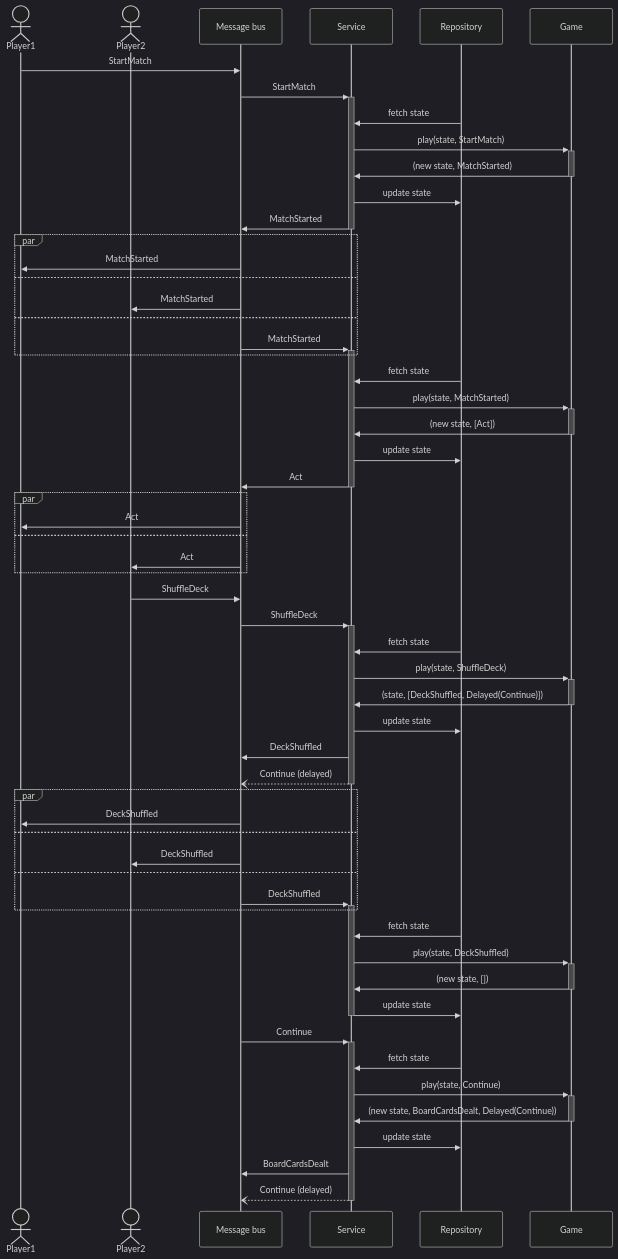
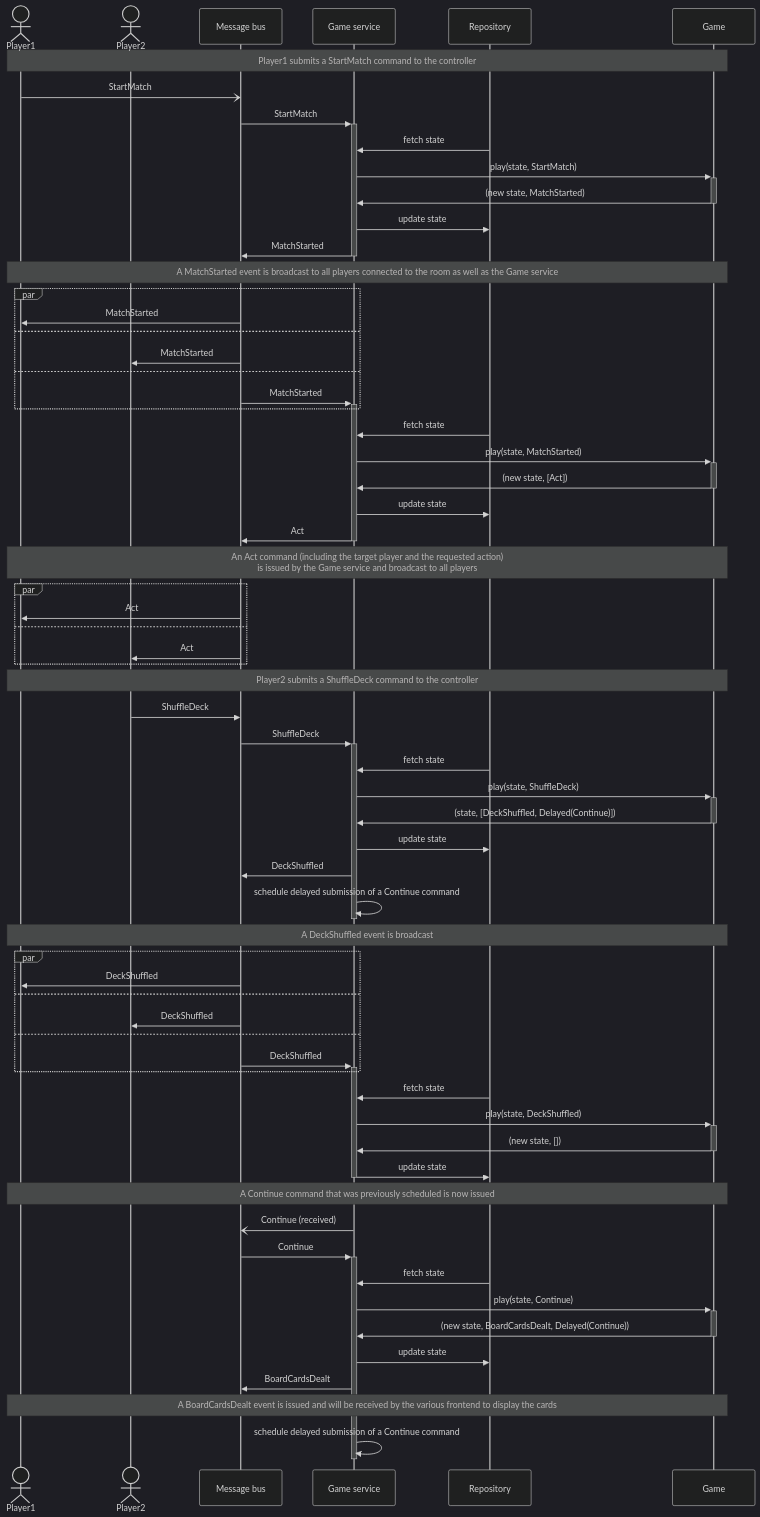
One commit to epifab/bastoni changed the third of 3 diagrams in README.md. Above: the diagram before and after it, drawn with Mermaid (dark theme). The commit also changed other lines of this file and 4 other files, not shown here.

````diff
--- a/README.md
+++ b/README.md
@@ -107,67 +115,75 @@
 ```mermaid
 sequenceDiagram
     actor Player1
     actor Player2
     participant Message bus
-    participant Service
+    participant Game service
     participant Repository
     participant Game
     
-    Player1->>Message bus: StartMatch
-    Message bus->>+Service: StartMatch
-    Repository->>Service: fetch state
-    Service->>+Game: play(state, StartMatch)
-    Game->>-Service: (new state, MatchStarted)
-    Service->>Repository: update state
-    Service->>-Message bus: MatchStarted
-    
+    note over Player1, Game: Player1 submits a StartMatch command to the controller
+    Player1-)Message bus: StartMatch
+    Message bus->>+Game service: StartMatch
+    Repository->>Game service: fetch state
+    Game service->>+Game: play(state, StartMatch)
+    Game->>-Game service: (new state, MatchStarted)
+    Game service->>Repository: update state
+    Game service->>-Message bus: MatchStarted
+
+    note over Player1, Game: A MatchStarted event is broadcast to all players connected to the room as well as the Game service
     par
         Message bus->>Player1: MatchStarted
     and 
         Message bus->>Player2: MatchStarted
     and 
-        Message bus->>+Service: MatchStarted
+        Message bus->>+Game service: MatchStarted
     end
         
-    Repository->>Service: fetch state
-    Service->>+Game: play(state, MatchStarted)
-    Game->>-Service: (new state, [Act])
-    Service->>Repository: update state
-    Service->>-Message bus: Act
+    Repository->>Game service: fetch state
+    Game service->>+Game: play(state, MatchStarted)
+    Game->>-Game service: (new state, [Act])
+    Game service->>Repository: update state
+    Game service->>-Message bus: Act
 
+    note over Player1, Game: An Act command (including the target player and the requested action)<br/> is issued by the Game service and broadcast to all players
     par
         Message bus->>Player1: Act
     and
         Message bus->>Player2: Act
     end
 
+    note over Player1, Game: Player2 submits a ShuffleDeck command to the controller
     Player2->>Message bus: ShuffleDeck
-    Message bus->>+Service: ShuffleDeck
-    Repository->>Service: fetch state
-    Service->>+Game: play(state, ShuffleDeck)
-    Game->>-Service: (state, [DeckShuffled, Delayed(Continue)])
-    Service->>Repository: update state
-    Service->>Message bus: DeckShuffled
-    Service--)-Message bus: Continue (delayed)
-    
+    Message bus->>+Game service: ShuffleDeck
+    Repository->>Game service: fetch state
+    Game service->>+Game: play(state, ShuffleDeck)
+    Game->>-Game service: (state, [DeckShuffled, Delayed(Continue)])
+    Game service->>Repository: update state
+    Game service->>Message bus: DeckShuffled
+    Game service->>-Game service: schedule delayed submission of a Continue command
+
+    note over Player1, Game: A DeckShuffled event is broadcast
     par
         Message bus->>Player1: DeckShuffled
     and
         Message bus->>Player2: DeckShuffled
     and
-        Message bus->>+Service: DeckShuffled
+        Message bus->>+Game service: DeckShuffled
     end
-    Repository->>Service: fetch state
-    Service->>+Game: play(state, DeckShuffled)
-    Game->>-Service: (new state, [])
-    Service->>Repository: update state
-    deactivate Service
+    Repository->>Game service: fetch state
+    Game service->>+Game: play(state, DeckShuffled)
+    Game->>-Game service: (new state, [])
+    Game service->>Repository: update state
+    deactivate Game service
 
-    Message bus->>+Service: Continue
-    Repository->>Service: fetch state
-    Service->>+Game: play(state, Continue)
-    Game->>-Service: (new state, BoardCardsDealt, Delayed(Continue))
-    Service->>Repository: update state
-    Service->>Message bus: BoardCardsDealt
-    Service--)-Message bus: Continue (delayed)
+    note over Player1, Game: A Continue command that was previously scheduled is now issued
+    Game service-)Message bus: Continue (received)
+    Message bus->>+Game service: Continue
+    Repository->>Game service: fetch state
+    Game service->>+Game: play(state, Continue)
+    Game->>-Game service: (new state, BoardCardsDealt, Delayed(Continue))
+    Game service->>Repository: update state
+    Game service->>Message bus: BoardCardsDealt
+    note over Player1, Game: A BoardCardsDealt event is issued and will be received by the various frontend to display the cards
+    Game service->>-Game service: schedule delayed submission of a Continue command
 ```
````
